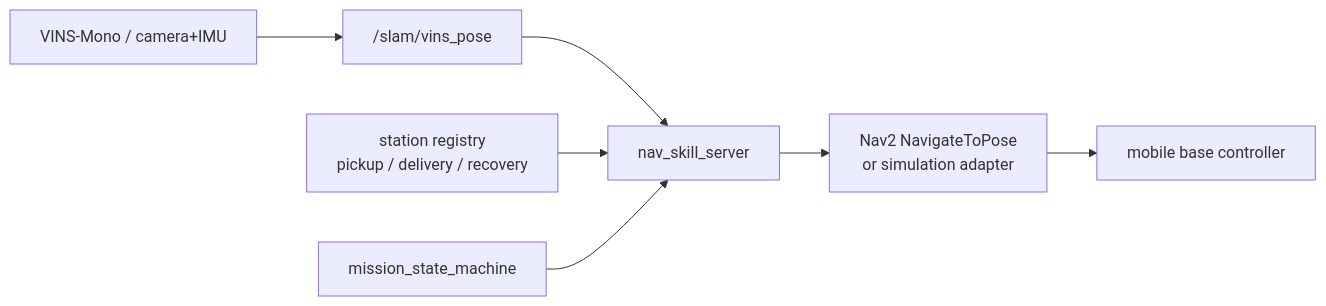
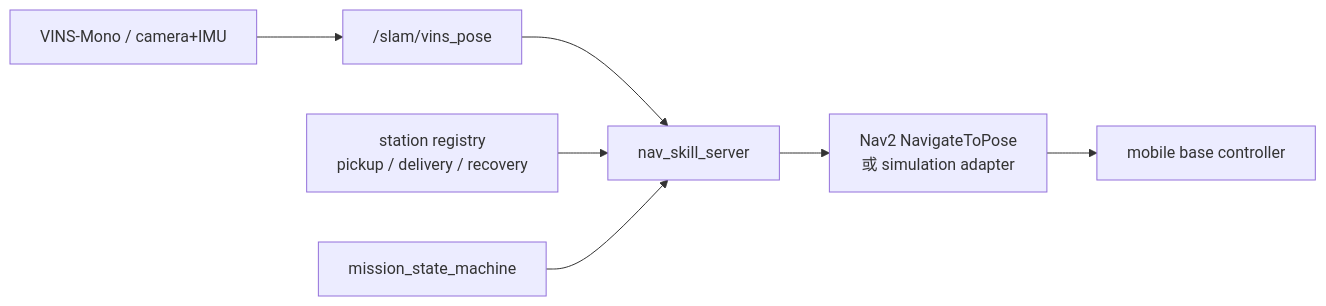
Before and after one commit to terrense/ros2-multimodal-robot-collab: the second of 5 diagrams in README.md, drawn with Mermaid. The commit also changed other lines of this file and 2 other files, not shown here.

````diff
--- a/README.md
+++ b/README.md
@@ -134,9 +307,9 @@
 ```mermaid
 flowchart LR
   vins["VINS-Mono / camera+IMU"] --> pose["/slam/vins_pose"]
   pose --> nav["nav_skill_server"]
   station["station registry<br/>pickup / delivery / recovery"] --> nav
   mission["mission_state_machine"] --> nav
-  nav --> nav2["Nav2 NavigateToPose<br/>or simulation adapter"]
+  nav --> nav2["Nav2 NavigateToPose<br/>或 simulation adapter"]
   nav2 --> base["mobile base controller"]
 ```
````
